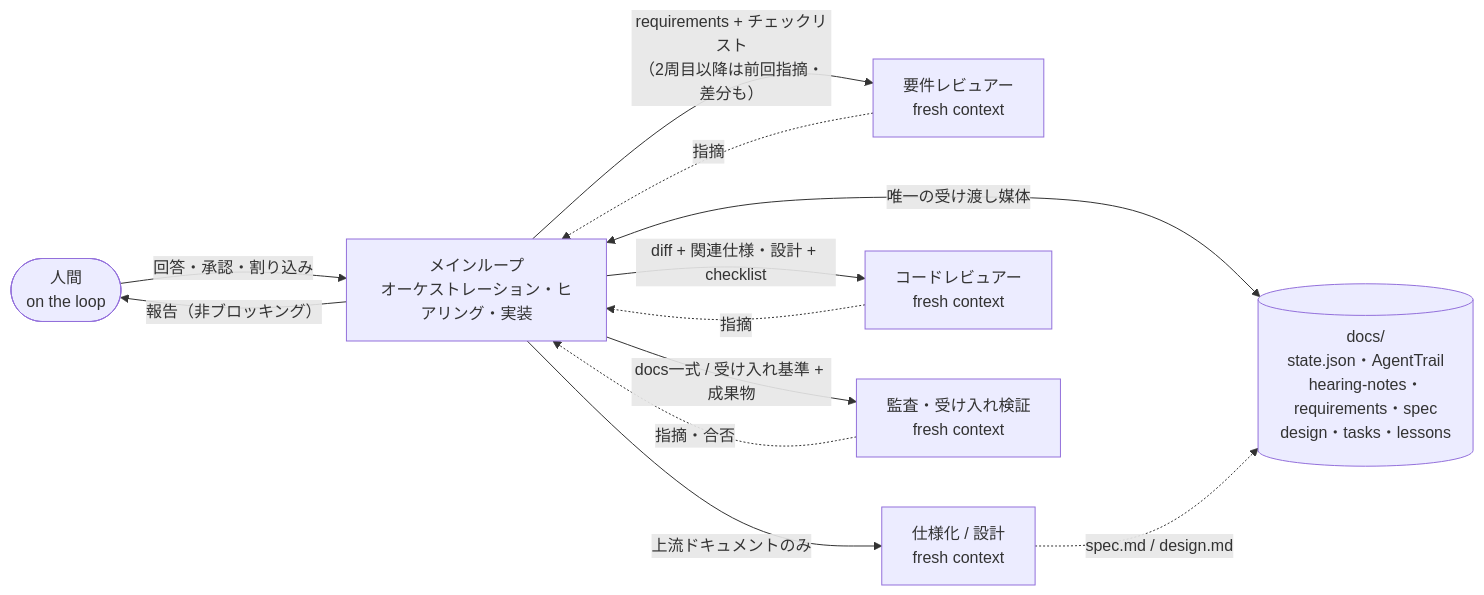
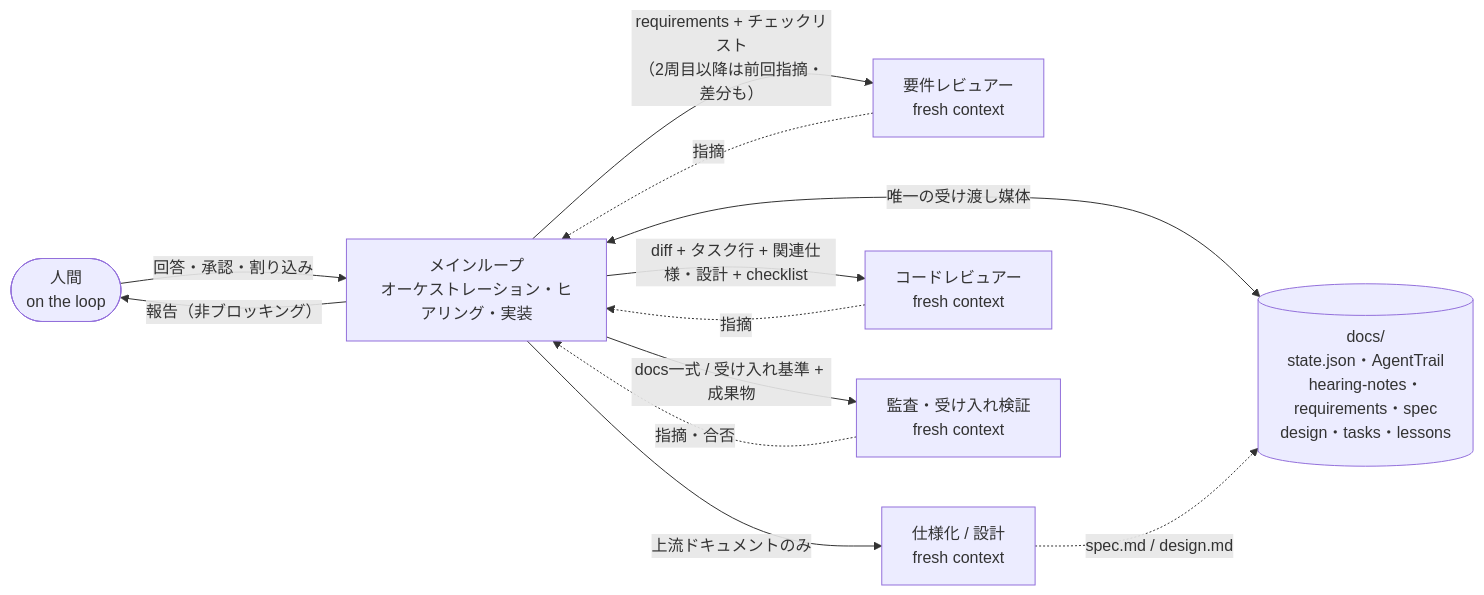
Before and after one commit to Harurow/human-on-the-loop: the second of 2 diagrams in README.md, drawn with Mermaid. The commit also changed 3 other files, not shown here.

````diff
--- a/README.md
+++ b/README.md
@@ -48,22 +48,22 @@
 ```mermaid
 flowchart LR
     H([人間<br/>on the loop])
     M[メインループ<br/>オーケストレーション・ヒアリング・実装]
     R[要件レビュアー<br/>fresh context]
     S[仕様化 / 設計<br/>fresh context]
     C[コードレビュアー<br/>fresh context]
     V[監査・受け入れ検証<br/>fresh context]
     D[(docs/<br/>state.json・AgentTrail<br/>hearing-notes・requirements・spec<br/>design・tasks・lessons)]
 
     H -->|回答・承認・割り込み| M
     M -->|報告（非ブロッキング）| H
     M -->|requirements + チェックリスト<br/>（2周目以降は前回指摘・差分も）| R
     M -->|上流ドキュメントのみ| S
-    M -->|diff + 関連仕様・設計 + checklist| C
+    M -->|diff + タスク行 + 関連仕様・設計 + checklist| C
     M -->|docs一式 / 受け入れ基準 + 成果物| V
     M <-->|唯一の受け渡し媒体| D
     R -.->|指摘| M
     S -.->|spec.md / design.md| D
     C -.->|指摘| M
     V -.->|指摘・合否| M
 ```
````
